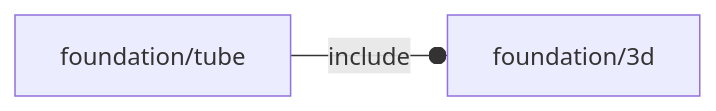
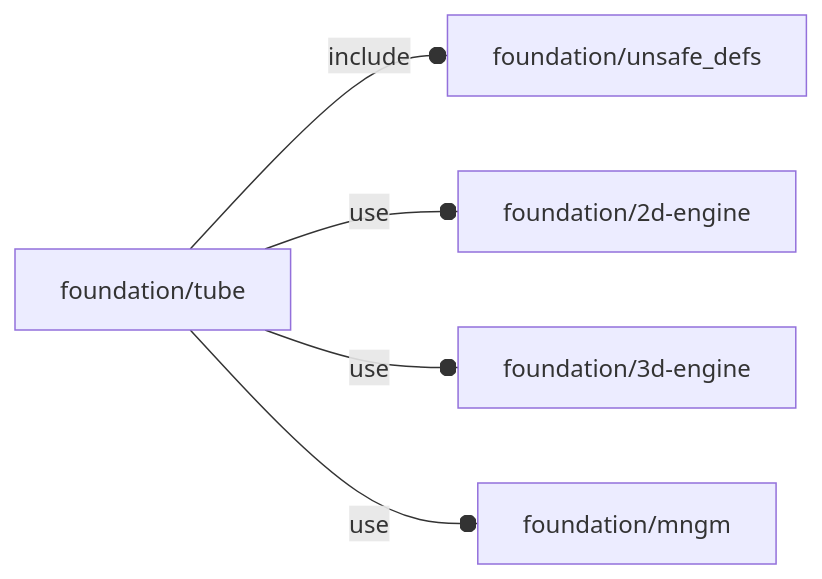
Before and after one commit to ggabbiani/OFL: the diagram in orthodocs/foundation/tube.md, drawn with Mermaid. The commit also changed 74 other files, not shown here.

````diff
--- a/orthodocs/foundation/tube.md
+++ b/orthodocs/foundation/tube.md
@@ -5,4 +5,7 @@
 ```mermaid
 graph LR
-    A1[foundation/tube] --o|include| A2[foundation/3d]
+    A1[foundation/tube] --o|include| A2[foundation/unsafe_defs]
+    A1 --o|use| A3[foundation/2d-engine]
+    A1 --o|use| A4[foundation/3d-engine]
+    A1 --o|use| A5[foundation/mngm]
 ```
````
